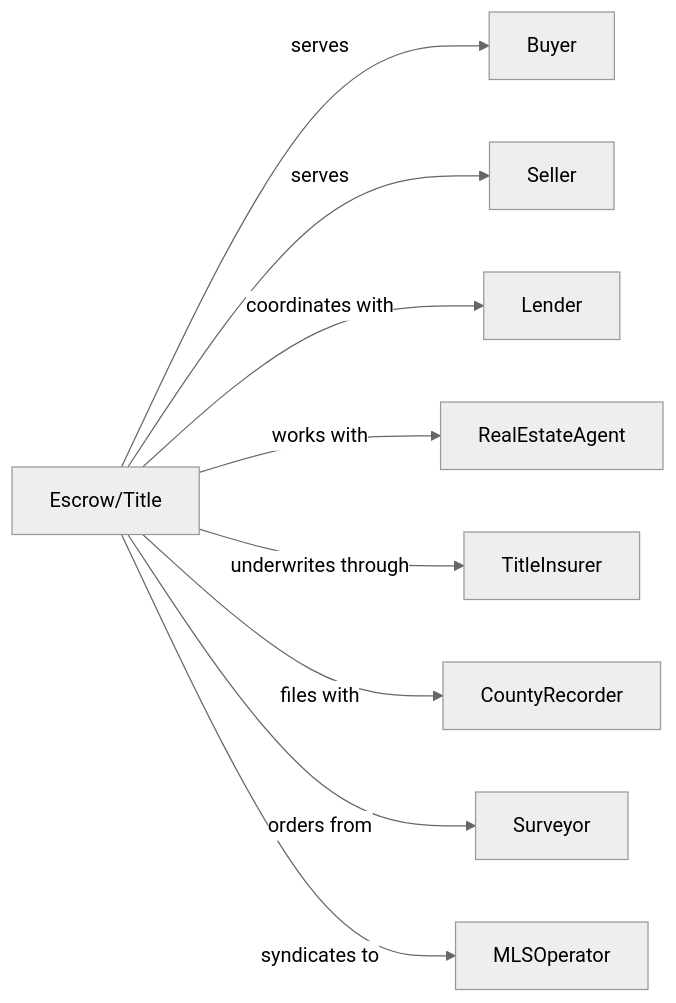
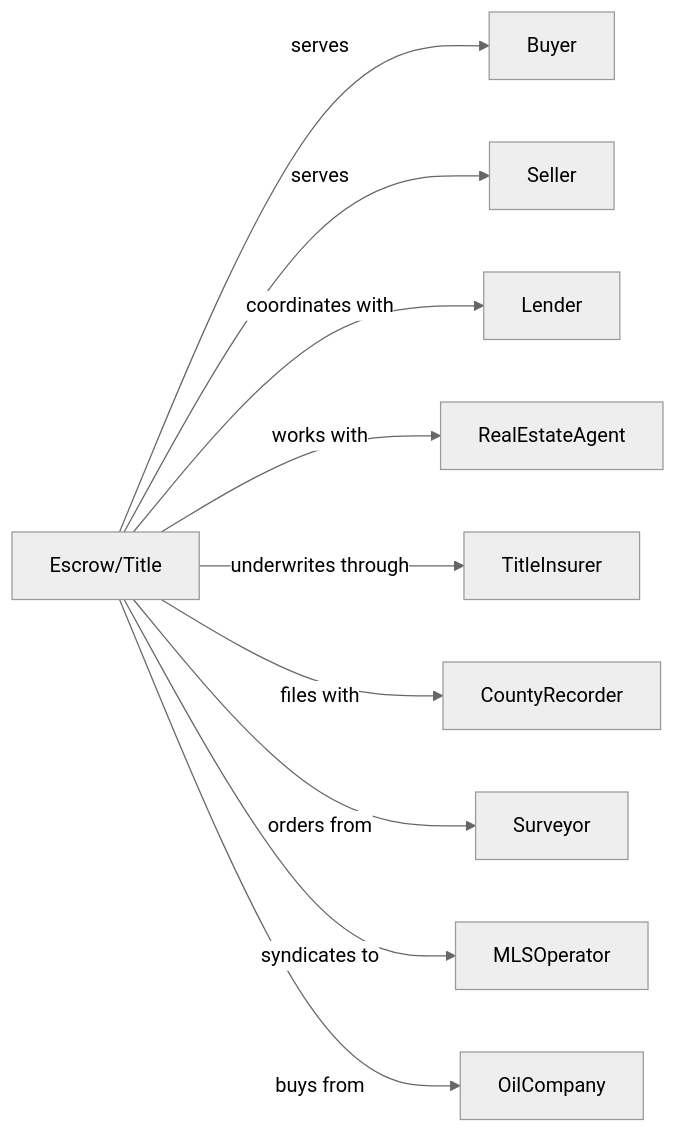
The second of 2 diagrams in RealEstate/RealEstate/ActivitiesRelatedToRealEstate/OtherActivitiesRelatedToRealEstate.mdx (dot-org-ai/industries.org.ai), drawn with Mermaid (neutral theme) before and after one commit. The commit also changed other lines of this file and 588 other files, not shown here.

````diff
--- a/RealEstate/RealEstate/ActivitiesRelatedToRealEstate/OtherActivitiesRelatedToRealEstate.mdx
+++ b/RealEstate/RealEstate/ActivitiesRelatedToRealEstate/OtherActivitiesRelatedToRealEstate.mdx
@@ -131,13 +131,14 @@
 ```mermaid
 graph LR
     E[Escrow/Title]
 
     E -->|serves| Buyer
     E -->|serves| Seller
     E -->|coordinates with| Lender
     E -->|works with| RealEstateAgent
     E -->|underwrites through| TitleInsurer
     E -->|files with| CountyRecorder
     E -->|orders from| Surveyor
     E -->|syndicates to| MLSOperator
+    E -->|buys from| OilCompany
 ```
````
